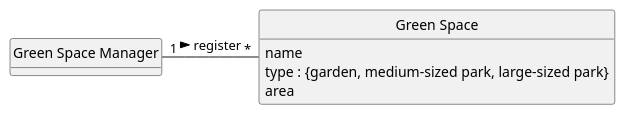
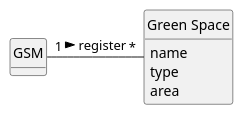
One commit to diogoveirospro/lei-24-s2-1dg-g072 changed the diagram in docs/sprintC/us020/02.analysis/puml/us020-domain-model.puml. Above: the diagram before and after it, drawn with PlantUML. The commit also changed 3 other files, not shown here.

```diff
--- a/docs/sprintC/us020/02.analysis/puml/us020-domain-model.puml
+++ b/docs/sprintC/us020/02.analysis/puml/us020-domain-model.puml
@@ -1,24 +1,24 @@
 @startuml
 skinparam monochrome true
 skinparam packageStyle rectangle
 skinparam shadowing false
 
 'left to right direction
 
 skinparam classAttributeIconSize 0
 
 hide circle
 hide methods
 class "Green Space" {
      name
-     type : {garden, medium-sized park, large-sized park}
+     type
      area
 }
 
-class "Green Space Manager" {
+class "GSM" {
 
 }
 
-"Green Space Manager" "1" - "*" "Green Space" : register >
+"GSM" "1" - "*" "Green Space" : register >
 
 @enduml
```
